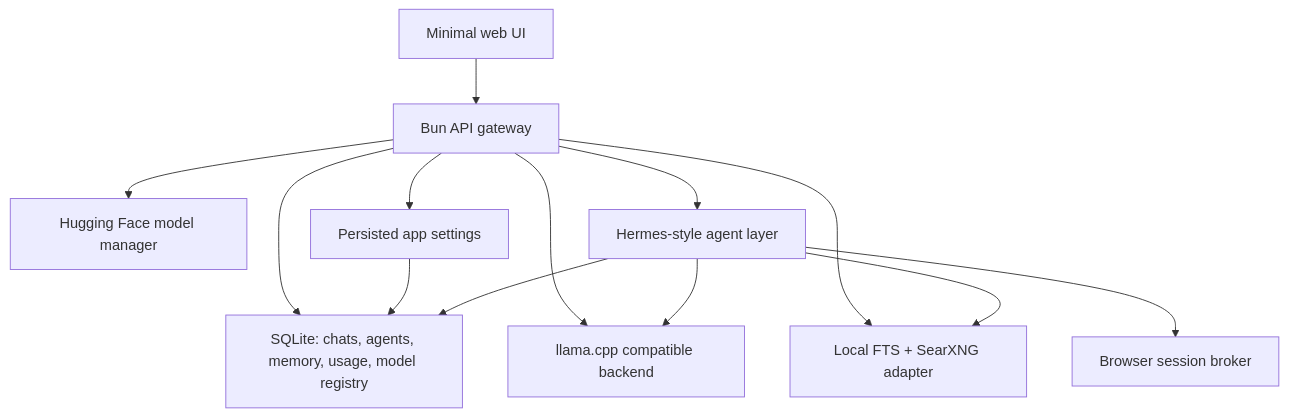
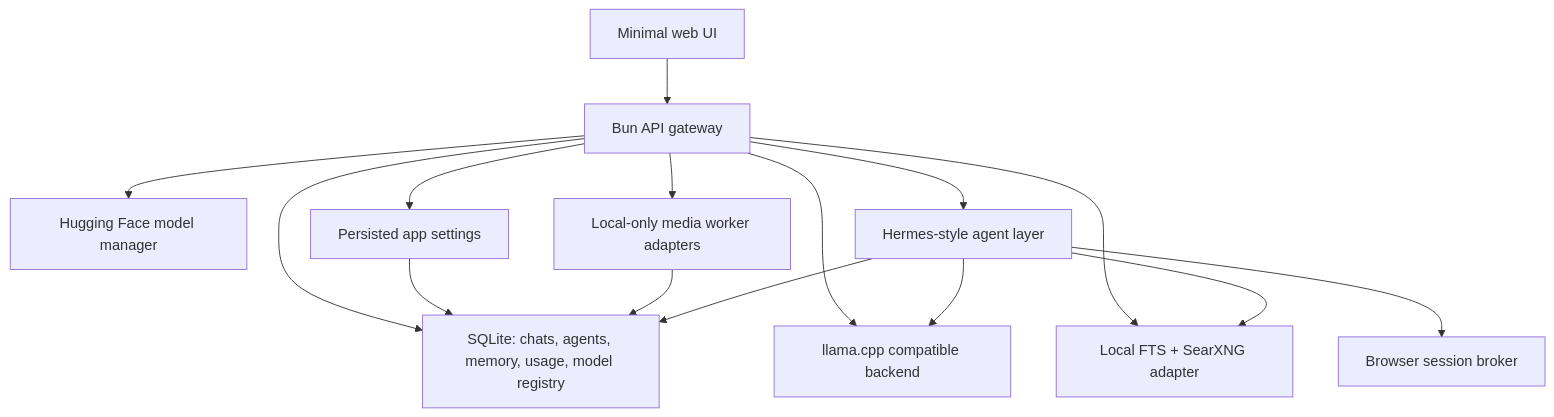
One commit to nipuxx/nipux-local-ai changed the diagram in docs/ARCHITECTURE.md. Above: the diagram before and after it, drawn with Mermaid. The commit also changed other lines of this file and 16 other files, not shown here.

Commit message:
Add local media worker surfaces

````diff
--- a/docs/ARCHITECTURE.md
+++ b/docs/ARCHITECTURE.md
@@ -5,25 +5,28 @@
 ```mermaid
 flowchart TD
   UI["Minimal web UI"]
   API["Bun API gateway"]
   DB["SQLite: chats, agents, memory, usage, model registry"]
   LLM["llama.cpp compatible backend"]
   HF["Hugging Face model manager"]
   Search["Local FTS + SearXNG adapter"]
   Agents["Hermes-style agent layer"]
   Browsers["Browser session broker"]
   Settings["Persisted app settings"]
+  Media["Local-only media worker adapters"]
 
   UI --> API
   API --> DB
   API --> LLM
   API --> HF
   API --> Search
   API --> Agents
   API --> Settings
+  API --> Media
   Settings --> DB
+  Media --> DB
   Agents --> DB
   Agents --> Search
   Agents --> LLM
   Agents --> Browsers
 ```
````
